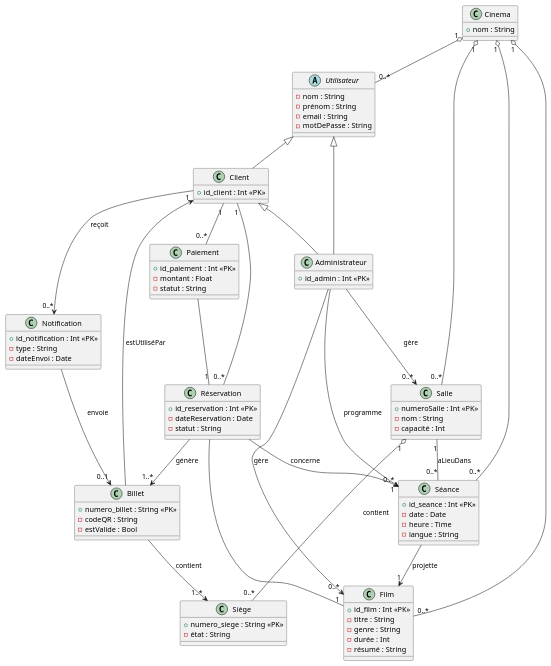
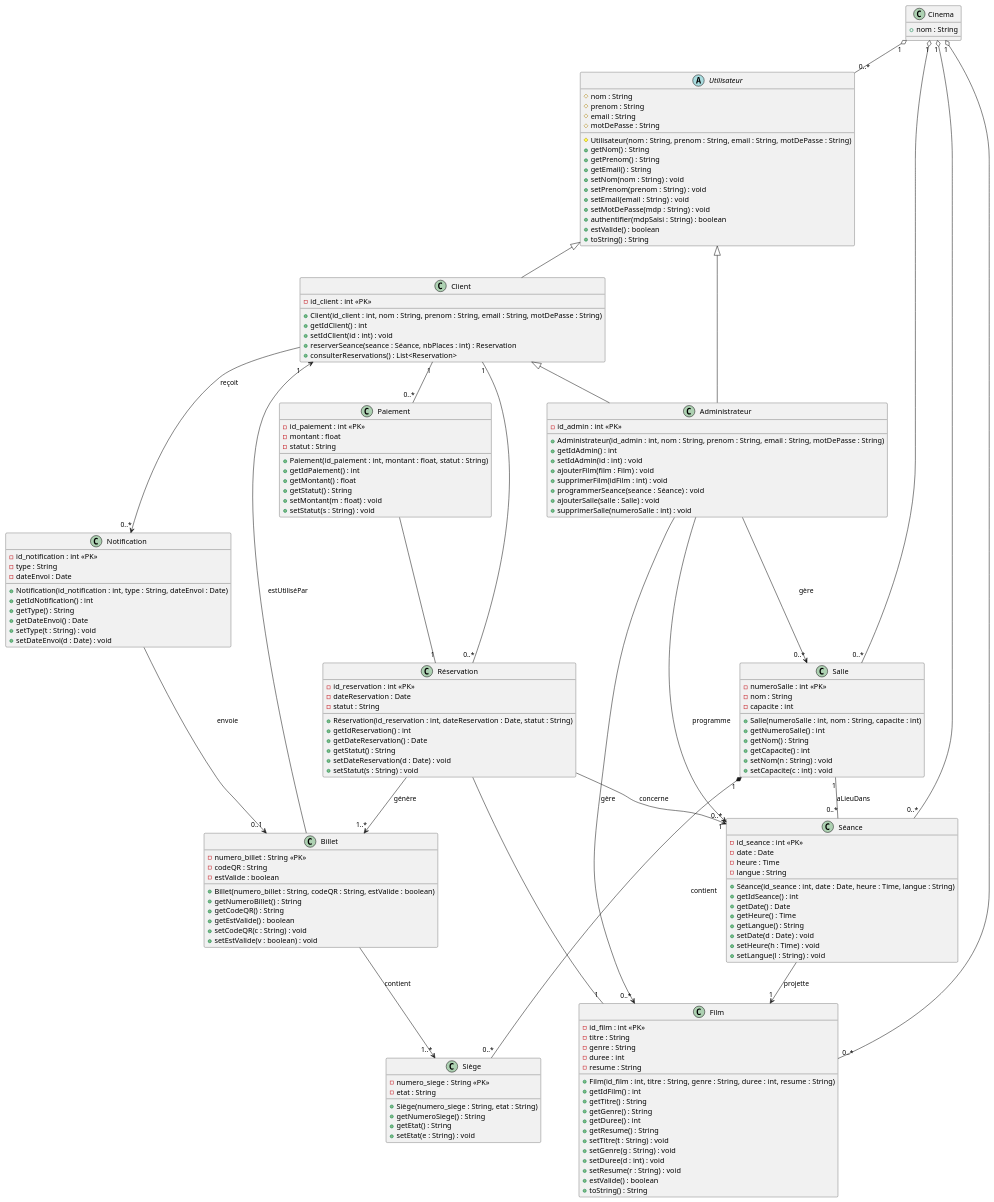
The diagram in Diagrammes/diagramme_de_classe.pu (barbouchyoussef/Cinema-UML), drawn with PlantUML before and after one commit. The commit also changed 3 other files, not shown here.

Commit message:
raffinnement du diagramme de classes

```diff
--- a/Diagrammes/diagramme_de_classe.pu
+++ b/Diagrammes/diagramme_de_classe.pu
@@ -1,114 +1,194 @@
 @startuml
 
 ' Définition des classes principales
 
 class Cinema {
   + nom : String
 }
 
 abstract class Utilisateur {
-  - nom : String
-  - prénom : String
-  - email : String
-  - motDePasse : String
+  # nom : String
+  # prenom : String
+  # email : String
+  # motDePasse : String
+
+  # Utilisateur(nom : String, prenom : String, email : String, motDePasse : String)
+  + getNom() : String
+  + getPrenom() : String
+  + getEmail() : String
+  + setNom(nom : String) : void
+  + setPrenom(prenom : String) : void
+  + setEmail(email : String) : void
+  + setMotDePasse(mdp : String) : void
+  + authentifier(mdpSaisi : String) : boolean
+  + estValide() : boolean
+  + toString() : String
 }
 
-class Client {
-  + id_client : Int <<PK>>
+class Client extends Utilisateur {
+  - id_client : int <<PK>>
+
+  + Client(id_client : int, nom : String, prenom : String, email : String, motDePasse : String)
+  + getIdClient() : int
+  + setIdClient(id : int) : void
+  + reserverSeance(seance : Séance, nbPlaces : int) : Reservation
+  + consulterReservations() : List<Reservation>
 }
 
-class Administrateur {
-  + id_admin : Int <<PK>>
+class Administrateur extends Utilisateur {
+  - id_admin : int <<PK>>
+
+  + Administrateur(id_admin : int, nom : String, prenom : String, email : String, motDePasse : String)
+  + getIdAdmin() : int
+  + setIdAdmin(id : int) : void
+  + ajouterFilm(film : Film) : void
+  + supprimerFilm(idFilm : int) : void
+  + programmerSeance(seance : Séance) : void
+  + ajouterSalle(salle : Salle) : void
+  + supprimerSalle(numeroSalle : int) : void
 }
 
-Utilisateur <|-- Client
-Utilisateur <|-- Administrateur
 Client <|-- Administrateur
 
 class Film {
-  + id_film : Int <<PK>>
+  - id_film : int <<PK>>
   - titre : String
   - genre : String
-  - durée : Int
-  - résumé : String
+  - duree : int
+  - resume : String
+
+  + Film(id_film : int, titre : String, genre : String, duree : int, resume : String)
+  + getIdFilm() : int
+  + getTitre() : String
+  + getGenre() : String
+  + getDuree() : int
+  + getResume() : String
+  + setTitre(t : String) : void
+  + setGenre(g : String) : void
+  + setDuree(d : int) : void
+  + setResume(r : String) : void
+  + estValide() : boolean
+  + toString() : String
 }
 
 class Réservation {
-  + id_reservation : Int <<PK>>
+  - id_reservation : int <<PK>>
   - dateReservation : Date
   - statut : String
+
+  + Réservation(id_reservation : int, dateReservation : Date, statut : String)
+  + getIdReservation() : int
+  + getDateReservation() : Date
+  + getStatut() : String
+  + setDateReservation(d : Date) : void
+  + setStatut(s : String) : void
 }
 
 class Paiement {
-  + id_paiement : Int <<PK>>
-  - montant : Float
+  - id_paiement : int <<PK>>
+  - montant : float
   - statut : String
+
+  + Paiement(id_paiement : int, montant : float, statut : String)
+  + getIdPaiement() : int
+  + getMontant() : float
+  + getStatut() : String
+  + setMontant(m : float) : void
+  + setStatut(s : String) : void
 }
 
 class Salle {
-  + numeroSalle : Int <<PK>>
+  - numeroSalle : int <<PK>>
   - nom : String
-  - capacité : Int
+  - capacite : int
+
+  + Salle(numeroSalle : int, nom : String, capacite : int)
+  + getNumeroSalle() : int
+  + getNom() : String
+  + getCapacite() : int
+  + setNom(n : String) : void
+  + setCapacite(c : int) : void
 }
 
 class Séance {
-  + id_seance : Int <<PK>>
+  - id_seance : int <<PK>>
   - date : Date
   - heure : Time
   - langue : String
+
+  + Séance(id_seance : int, date : Date, heure : Time, langue : String)
+  + getIdSeance() : int
+  + getDate() : Date
+  + getHeure() : Time
+  + getLangue() : String
+  + setDate(d : Date) : void
+  + setHeure(h : Time) : void
+  + setLangue(l : String) : void
 }
 
 class Billet {
-  + numero_billet : String <<PK>>
+  - numero_billet : String <<PK>>
   - codeQR : String
-  - estValide : Bool
+  - estValide : boolean
+
+  + Billet(numero_billet : String, codeQR : String, estValide : boolean)
+  + getNumeroBillet() : String
+  + getCodeQR() : String
+  + getEstValide() : boolean
+  + setCodeQR(c : String) : void
+  + setEstValide(v : boolean) : void
 }
 
 class Siège {
-  + numero_siege : String <<PK>>
-  - état : String
+  - numero_siege : String <<PK>>
+  - etat : String
+
+  + Siège(numero_siege : String, etat : String)
+  + getNumeroSiege() : String
+  + getEtat() : String
+  + setEtat(e : String) : void
 }
 
 class Notification {
-  + id_notification : Int <<PK>>
+  - id_notification : int <<PK>>
   - type : String
   - dateEnvoi : Date
+
+  + Notification(id_notification : int, type : String, dateEnvoi : Date)
+  + getIdNotification() : int
+  + getType() : String
+  + getDateEnvoi() : Date
+  + setType(t : String) : void
+  + setDateEnvoi(d : Date) : void
 }
 
 ' Relations entre les classes
 
-' Agrégation des éléments dans le Cinema
 Cinema "1" o-- "0..*" Salle 
 Cinema "1" o-- "0..*" Film 
 Cinema "1" o-- "0..*" Séance 
 Cinema "1" o-- "0..*" Utilisateur 
 
-' Relations entre Salle et autres classes
-Salle "1" o-- "0..*" Siège : contient
+Salle "1" *-- "0..*" Siège : contient
 Salle "1" -- "0..*" Séance : aLieuDans
 
-' Relations entre Client et Réservation
 Client "1" -- "0..*" Réservation
 Réservation -- "1" Film
 
-' Relations entre Paiement et Réservation
 Client "1" -- "0..*" Paiement
 Paiement -- "1" Réservation
 
-' Relations entre Réservation, Billet et Séance
 Réservation --> "1..*" Billet : génère
 Réservation --> "1" Séance : concerne
 Billet --> "1" Client : estUtiliséPar
 Billet --> "1..*" Siège : contient
 
-' Relations entre Séance, Film, et Notification
 Séance --> "1" Film : projette
 Client --> "0..*" Notification : reçoit
 Notification --> "0..1" Billet : envoie
 
-' Relations entre Administrateur et gestion des entités
 Administrateur --> "0..*" Film : gère
 Administrateur --> "0..*" Salle : gère
 Administrateur --> "0..*" Séance : programme
 
 @enduml
```
